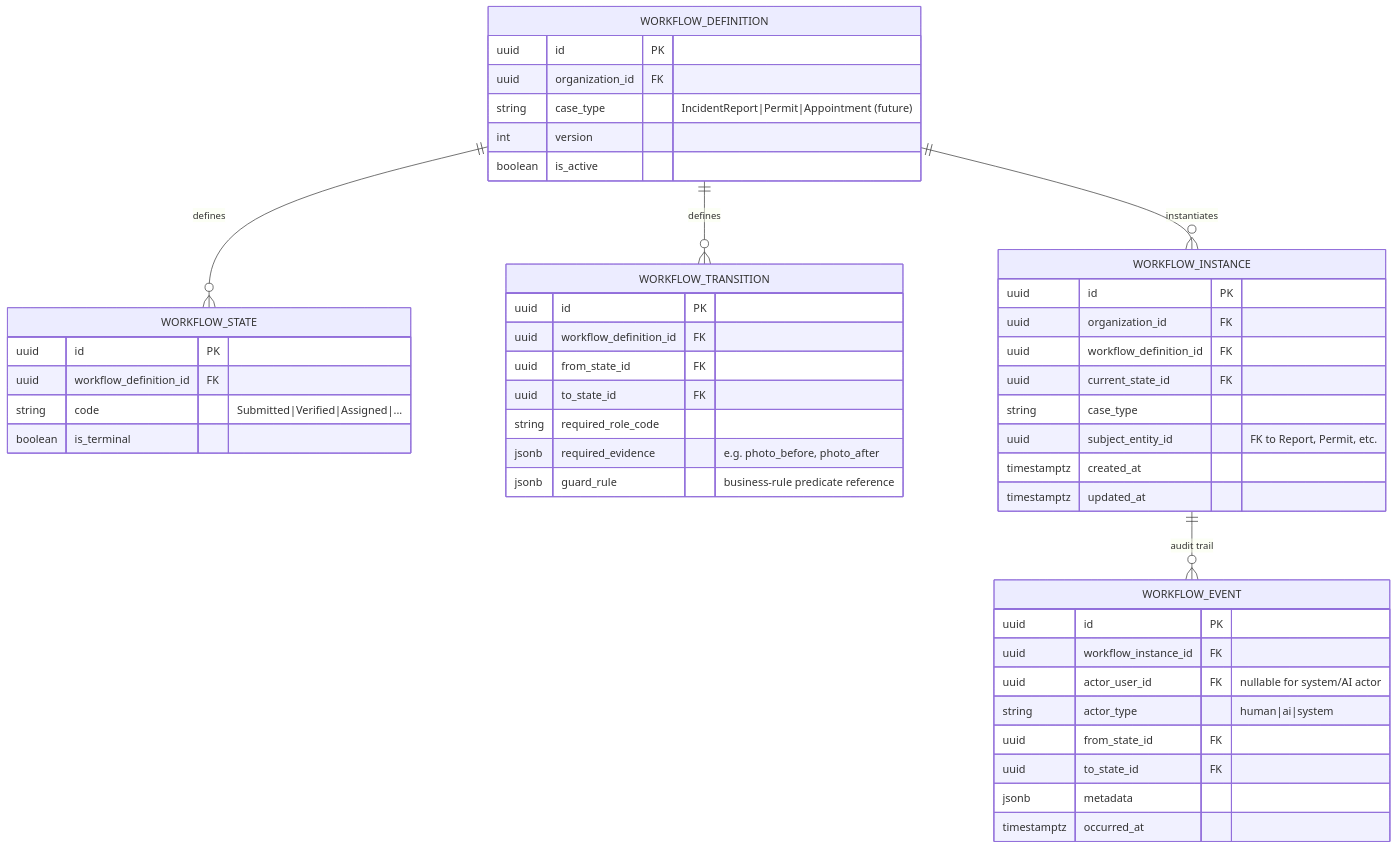
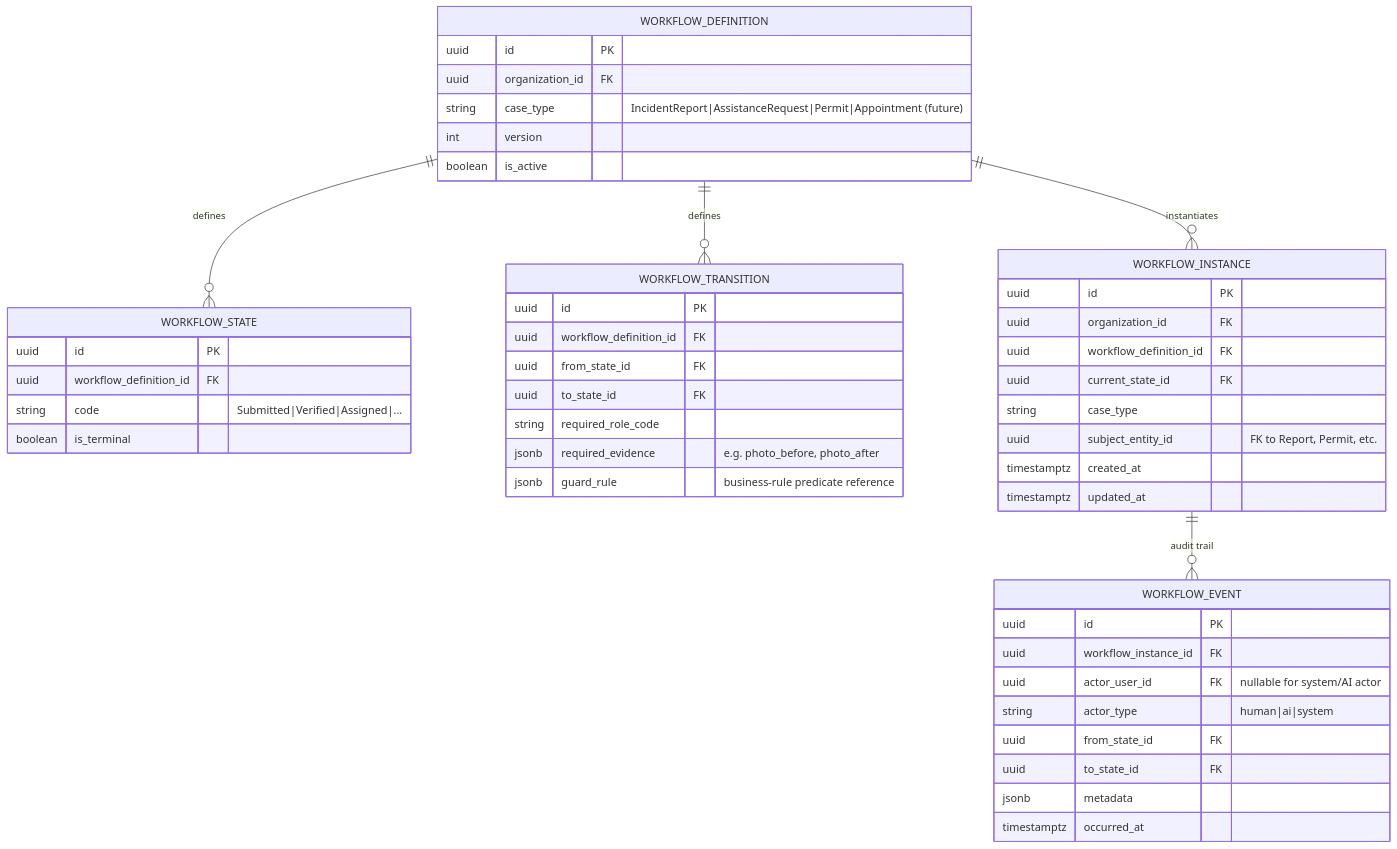
One commit to Rc357/project-aninag-draft-docs changed the third of 4 diagrams in docs/07-database-design.md. Above: the diagram before and after it, drawn with Mermaid. The commit also changed other lines of this file and 10 other files, not shown here.

````diff
--- a/docs/07-database-design.md
+++ b/docs/07-database-design.md
@@ -100,50 +100,50 @@
 ```mermaid
 erDiagram
     WORKFLOW_DEFINITION ||--o{ WORKFLOW_STATE : defines
     WORKFLOW_DEFINITION ||--o{ WORKFLOW_TRANSITION : defines
     WORKFLOW_DEFINITION ||--o{ WORKFLOW_INSTANCE : instantiates
     WORKFLOW_INSTANCE ||--o{ WORKFLOW_EVENT : "audit trail"
 
     WORKFLOW_DEFINITION {
         uuid id PK
         uuid organization_id FK
-        string case_type "IncidentReport|Permit|Appointment (future)"
+        string case_type "IncidentReport|AssistanceRequest|Permit|Appointment (future)"
         int version
         boolean is_active
     }
     WORKFLOW_STATE {
         uuid id PK
         uuid workflow_definition_id FK
         string code "Submitted|Verified|Assigned|..."
         boolean is_terminal
     }
     WORKFLOW_TRANSITION {
         uuid id PK
         uuid workflow_definition_id FK
         uuid from_state_id FK
         uuid to_state_id FK
         string required_role_code
         jsonb required_evidence "e.g. photo_before, photo_after"
         jsonb guard_rule "business-rule predicate reference"
     }
     WORKFLOW_INSTANCE {
         uuid id PK
         uuid organization_id FK
         uuid workflow_definition_id FK
         uuid current_state_id FK
         string case_type
         uuid subject_entity_id "FK to Report, Permit, etc."
         timestamptz created_at
         timestamptz updated_at
     }
     WORKFLOW_EVENT {
         uuid id PK
         uuid workflow_instance_id FK
         uuid actor_user_id FK "nullable for system/AI actor"
         string actor_type "human|ai|system"
         uuid from_state_id FK
         uuid to_state_id FK
         jsonb metadata
         timestamptz occurred_at
     }
 ```
````
